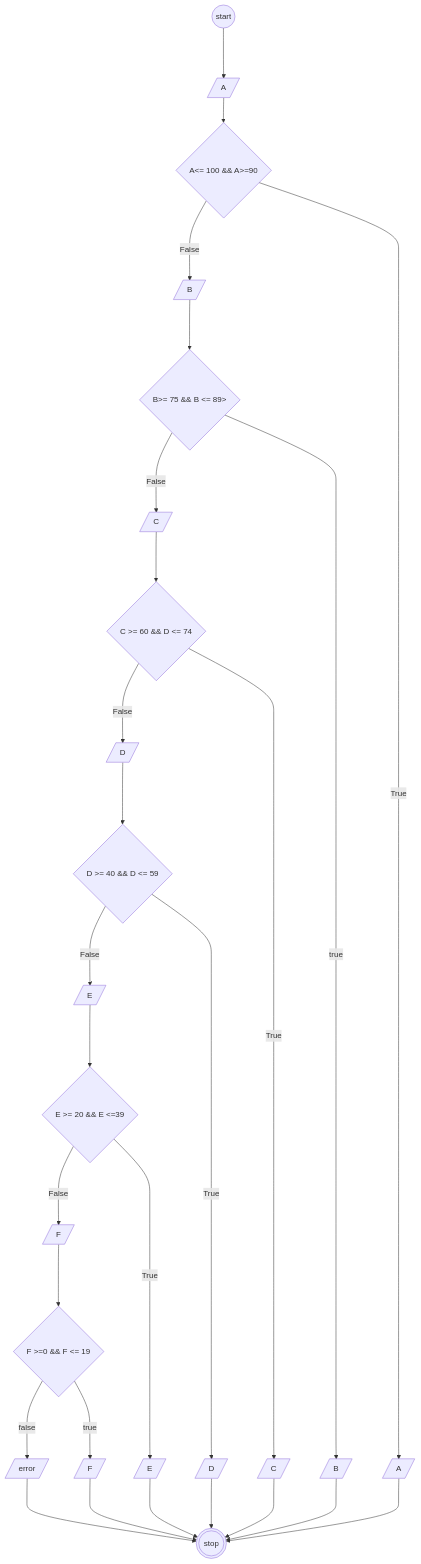
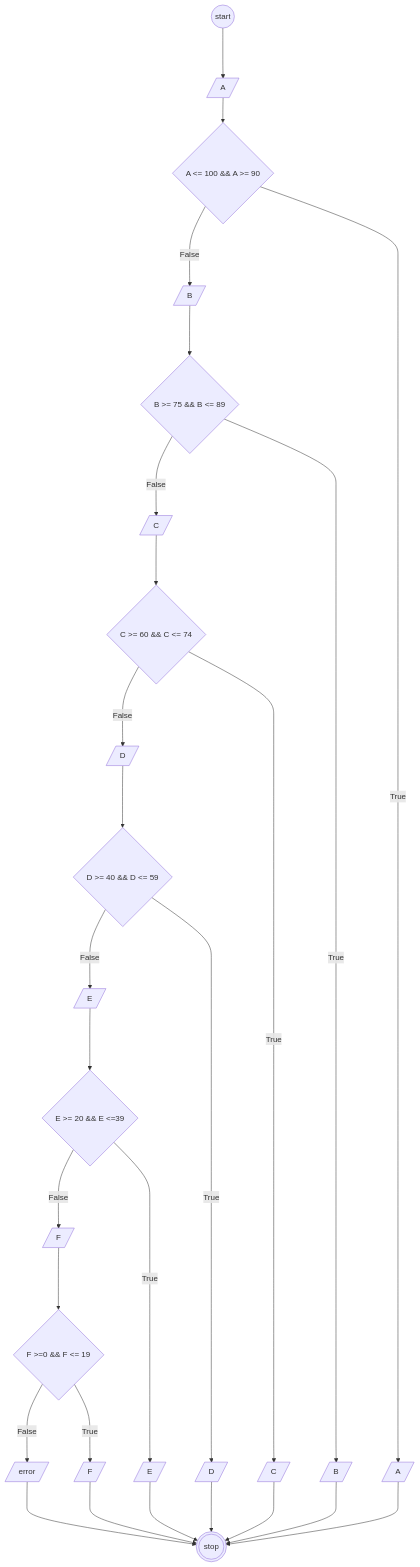
Before and after one commit to VirgilIw/koda-b4-algoritma: the diagram in minitask9.md, drawn with Mermaid.

````diff
--- a/minitask9.md
+++ b/minitask9.md
@@ -1,48 +1,48 @@
 ```mermaid
 flowchart TB
 
-circle((start))
+start((start))
 
-circle--->input1[/A/]
+start--->input1[/A/]
 
-%% Desicion A %%
-input1-->A{A<= 100 && A>=90}
-A--False --->false1[/B/]
-A--True --->hasil1[/A/]
+%% Decision A %%
+input1-->Adec{A <= 100 && A >= 90}
+Adec--False --->false1[/B/]
+Adec--True --->hasil1[/A/]
 
-%% Desicion B %%
+%% Decision B %%
 
-false1--->B{B>= 75 && B <= 89>}
-B--False--->false2[/C/]
-B--true--->hasil2[/B/]
+false1--->Bdec{B >= 75 && B <= 89}
+Bdec--False--->false2[/C/]
+Bdec--True--->hasil2[/B/]
 
-%% Desicion C %%
+%% Decision C %%
 
-false2--->C{C >= 60 && D <= 74}
-C--False--->false3[/D/]
-C--True --->hasil3[/C/]
+false2--->Cdec{C >= 60 && C <= 74}
+Cdec--False--->false3[/D/]
+Cdec--True --->hasil3[/C/]
 
-%% Desicion D %%
+%% Decision D %%
 
-false3--->D{D >= 40 && D <= 59}
-D--False--->false4[/E/]
-D--True--->hasil4[/D/]
+false3--->Ddec{D >= 40 && D <= 59}
+Ddec--False--->false4[/E/]
+Ddec--True--->hasil4[/D/]
 
-%% Desicion E %%
-false4--->E{E >= 20 && E <=39}
-E--False--->false5[/F/]
-E--True--->hasil5[/E/]
+%% Decision E %%
+false4--->Edec{E >= 20 && E <=39}
+Edec--False--->false5[/F/]
+Edec--True--->hasil5[/E/]
 
-%% Desicion F %%
-false5--->eF{F >=0 && F <= 19 }
-eF--false--->false6[/error/]
-eF--true--->hasil6[/F/]
+%% Decision F %%
+false5--->eFdec{F >=0 && F <= 19 }
+eFdec--False--->false6[/error/]
+eFdec--True--->hasil6[/F/]
 
 false6--->fin(((stop)))
 hasil1--->fin(((stop)))
 hasil2--->fin(((stop)))
 hasil3--->fin(((stop)))
 hasil4--->fin(((stop)))
 hasil5--->fin(((stop)))
 hasil6--->fin(((stop)))
 ```
````
